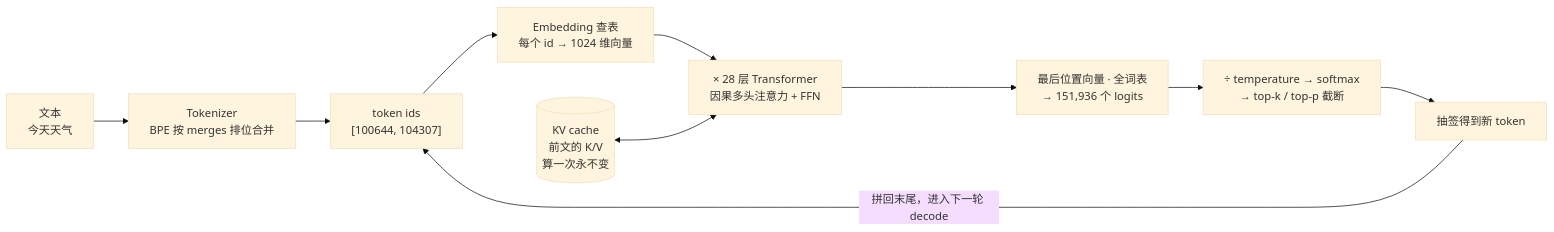
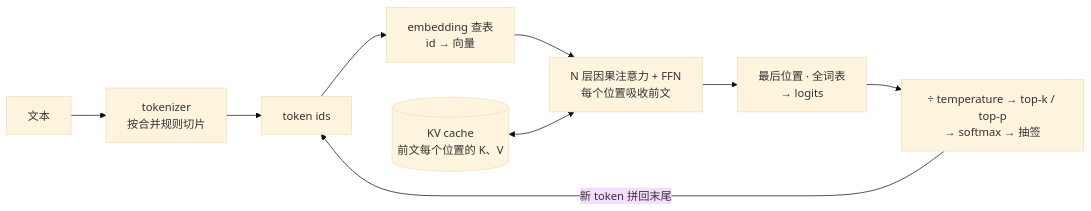
The diagram in p0-core/04-llm-token-prediction.md (advence-liz/agent-learning), drawn with Mermaid (base theme) before and after one commit. The commit also changed other lines of this file and 51 other files, not shown here.

````diff
--- a/p0-core/04-llm-token-prediction.md
+++ b/p0-core/04-llm-token-prediction.md
@@ -24,12 +50,10 @@
 ```mermaid
 flowchart LR
-    T["文本<br/>今天天气"] --> TK["Tokenizer<br/>BPE 按 merges 排位合并"]
-    TK --> ID["token ids<br/>[100644, 104307]"]
-    ID --> EMB["Embedding 查表<br/>每个 id → 1024 维向量"]
-    EMB --> L["× 28 层 Transformer<br/>因果多头注意力 + FFN"]
-    KV[("KV cache<br/>前文的 K/V<br/>算一次永不变")] <--> L
-    L --> LG["最后位置向量 · 全词表<br/>→ 151,936 个 logits"]
-    LG --> SM["÷ temperature → softmax<br/>→ top-k / top-p 截断"]
-    SM --> S["抽签得到新 token"]
-    S -->|"拼回末尾，进入下一轮 decode"| ID
+    T["文本"] --> TK["tokenizer<br/>按合并规则切片"] --> ID["token ids"]
+    ID --> E["embedding 查表<br/>id → 向量"]
+    E --> L["N 层因果注意力 + FFN<br/>每个位置吸收前文"]
+    KV[("KV cache<br/>前文每个位置的 K、V")] <--> L
+    L --> LG["最后位置 · 全词表<br/>→ logits"]
+    LG --> SM["÷ temperature → top-k / top-p<br/>→ softmax → 抽签"]
+    SM -->|"新 token 拼回末尾"| ID
 ```
````
